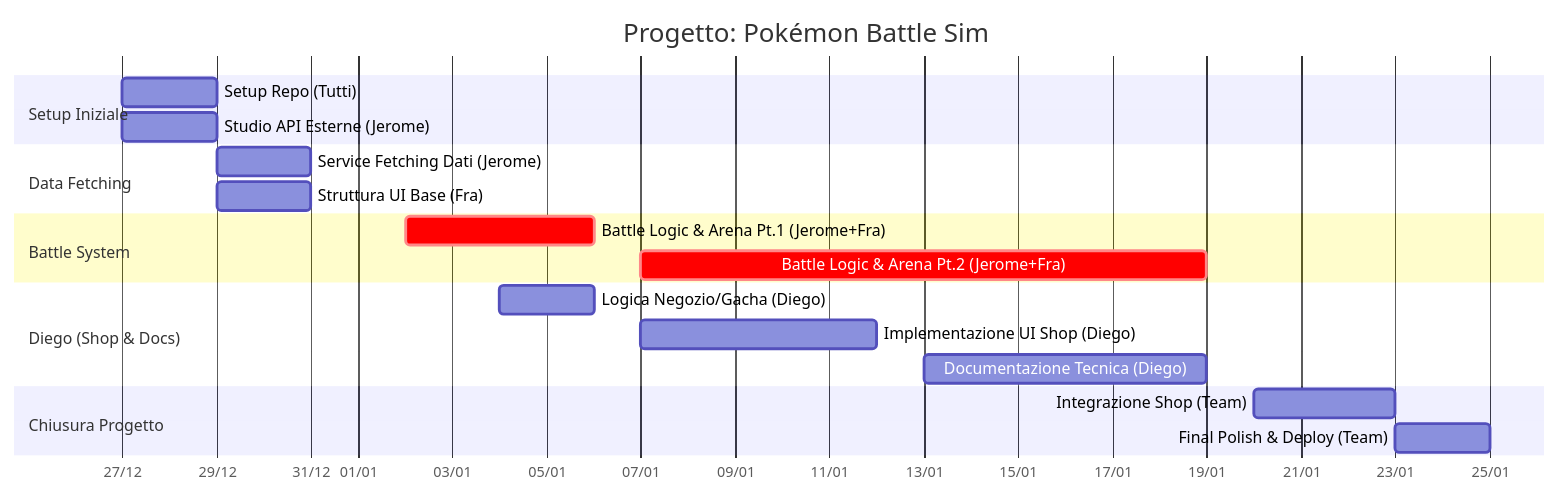
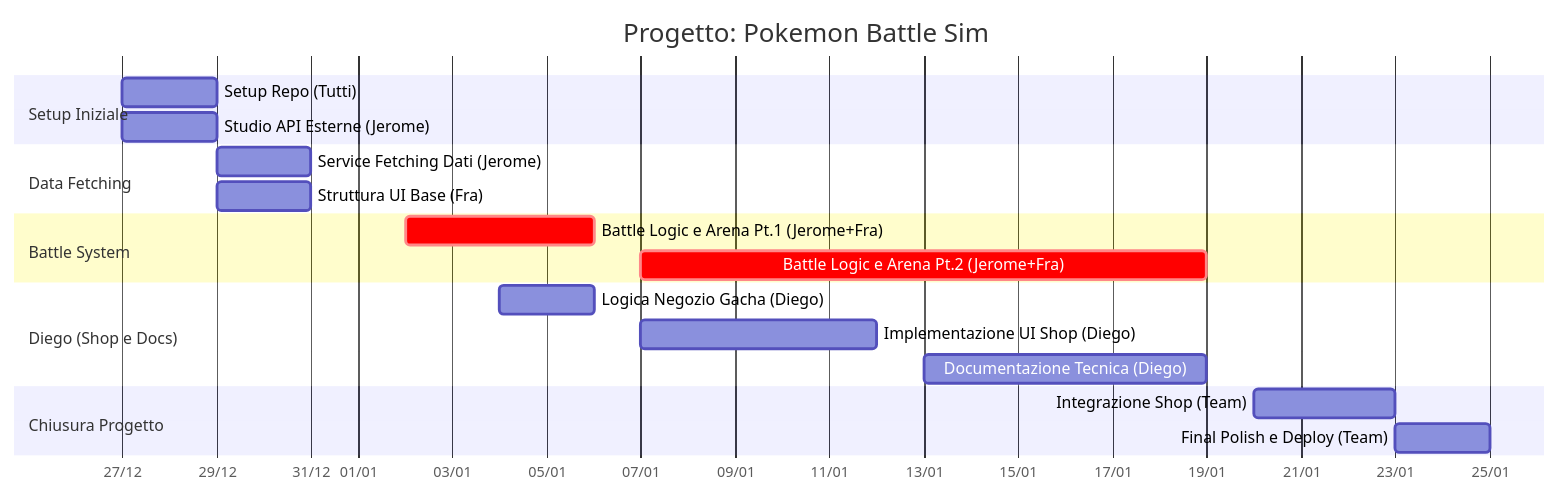
Before and after one commit to ColcolJerome/TPS-Progetto_API: the diagram in docs/GANTT.md, drawn with Mermaid. The commit also changed other lines of this file, not shown here.

```diff
--- a/docs/GANTT.md
+++ b/docs/GANTT.md
@@ -5,32 +5,27 @@
 <div class="mermaid">
 gantt
-    title Progetto: Pokémon Battle Sim
+    title Progetto: Pokemon Battle Sim
     dateFormat  YYYY-MM-DD
     axisFormat  %d/%m
     
     section Setup Iniziale
     Setup Repo (Tutti)      :t1, 2025-12-27, 2d
     Studio API Esterne (Jerome)   :t2, 2025-12-27, 2d
     
     section Data Fetching
     Service Fetching Dati (Jerome):t3, 2025-12-29, 2d
     Struttura UI Base (Fra)       :t4, 2025-12-29, 2d
-    
-    %% PAUSA 31 Dic - 1 Gen %%
 
     section Battle System
-    %% Jerome e Francesco lavorano insieme qui per molto tempo %%
-    Battle Logic & Arena Pt.1 (Jerome+Fra) :crit, t5, 2026-01-02, 4d
-    %% PAUSA 6 Gen %%
-    Battle Logic & Arena Pt.2 (Jerome+Fra) :crit, t6, 2026-01-07, 12d
+    Battle Logic e Arena Pt.1 (Jerome+Fra) :crit, t5, 2026-01-02, 4d
+    Battle Logic e Arena Pt.2 (Jerome+Fra) :crit, t6, 2026-01-07, 12d
 
-    section Diego (Shop & Docs)
-    %% Inizia il 4 Gen, salta il 6 Gen %%
-    Logica Negozio/Gacha (Diego)  :t7, 2026-01-04, 2d
+    section Diego (Shop e Docs)
+    Logica Negozio Gacha (Diego)  :t7, 2026-01-04, 2d
     Implementazione UI Shop (Diego):t8, 2026-01-07, 5d
     Documentazione Tecnica (Diego):t9, 2026-01-13, 6d
     
     section Chiusura Progetto
     Integrazione Shop (Team):t10, 2026-01-20, 3d
-    Final Polish & Deploy (Team)  :t11, 2026-01-23, 2d
+    Final Polish e Deploy (Team)  :t11, 2026-01-23, 2d
 </div>
```
